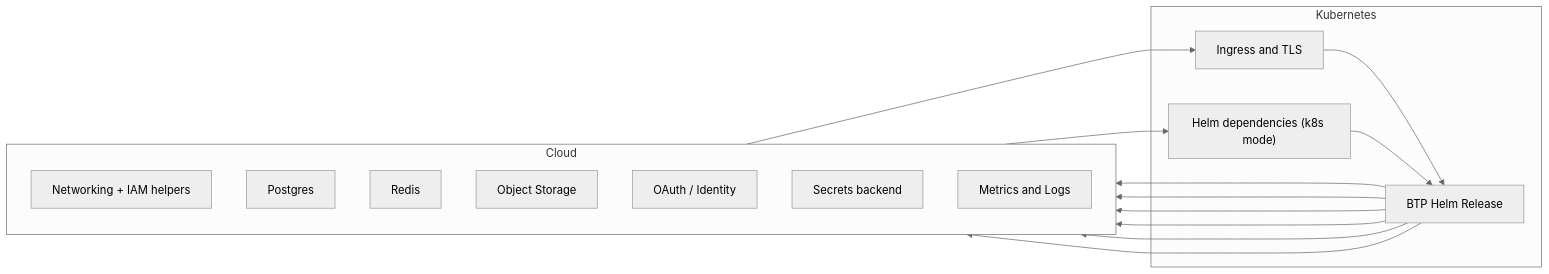
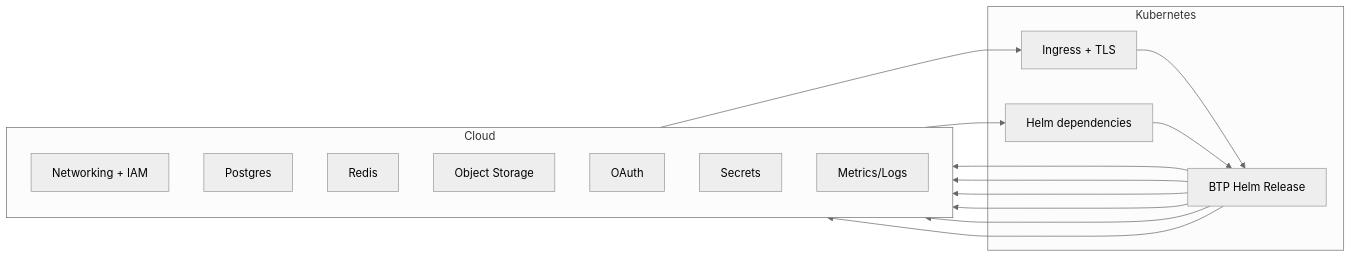
One commit to settlemint/btp-universal-terraform changed the diagram in docs/architecture.md. Above: the diagram before and after it, drawn with Mermaid. The commit also changed other lines of this file and 13 other files, not shown here.

Commit message:
docs: enhance architecture and concepts documentation for clarity and structure

````diff
--- a/docs/architecture.md
+++ b/docs/architecture.md
@@ -7,31 +7,31 @@
 ```mermaid
 %%{init: {'theme':'neutral','securityLevel':'loose','flowchart':{'htmlLabels':true,'curve':'basis'}}}%%
 flowchart LR
   subgraph Cloud
     direction TB
-    net["Networking + IAM helpers"]
+    net["Networking + IAM"]
     pg["Postgres"]
     redis["Redis"]
     obj["Object Storage"]
-    oauth["OAuth / Identity"]
-    secrets["Secrets backend"]
-    metrics["Metrics and Logs"]
+    oauth["OAuth"]
+    secrets["Secrets"]
+    metrics["Metrics/Logs"]
   end
 
   subgraph Kubernetes
-    ingress["Ingress and TLS"]
-    deps["Helm dependencies (k8s mode)"]
+    ingress["Ingress + TLS"]
+    deps["Helm dependencies"]
     btp["BTP Helm Release"]
   end
 
   ingress --> btp
   deps --> btp
   btp --> pg
   btp --> redis
   btp --> obj
   btp --> oauth
   btp --> secrets
   btp --> metrics
   net --> ingress
   net --> deps
 ```
````
